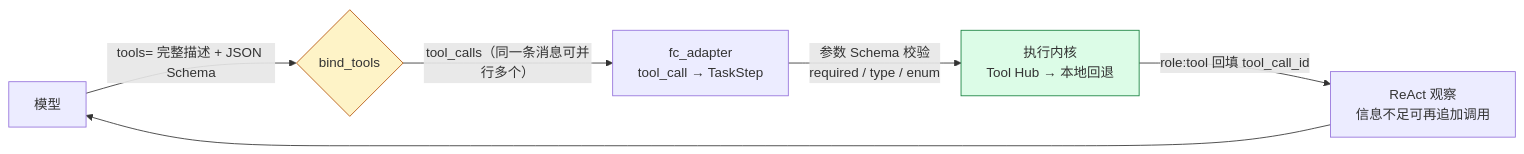
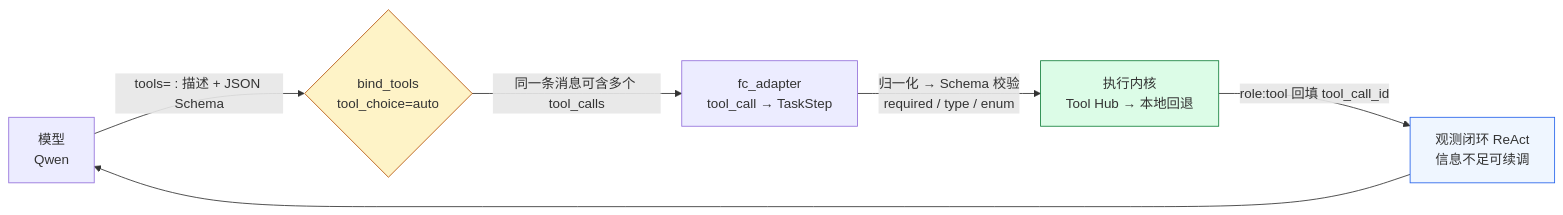
One commit to PotatoH-cmd/Smart_Map changed the second of 8 diagrams in README.md. Above: the diagram before and after it, drawn with Mermaid. The commit also changed other lines of this file, not shown here.

````diff
--- a/README.md
+++ b/README.md
@@ -82,11 +105,12 @@
 ```mermaid
 flowchart LR
-    M["模型"] -->|"tools= 完整描述 + JSON Schema"| FC{"bind_tools"}
-    FC -->|"tool_calls（同一条消息可并行多个）"| A["fc_adapter<br/>tool_call → TaskStep"]
-    A -->|"参数 Schema 校验<br/>required / type / enum"| E["执行内核<br/>Tool Hub → 本地回退"]
-    E -->|"role:tool 回填 tool_call_id"| O["ReAct 观察<br/>信息不足可再追加调用"]
+    M["模型<br/>Qwen"] -->|"tools= : 描述 + JSON Schema"| FC{"bind_tools<br/>tool_choice=auto"}
+    FC -->|"同一条消息可含多个 tool_calls"| A["fc_adapter<br/>tool_call → TaskStep"]
+    A -->|"归一化 → Schema 校验<br/>required / type / enum"| E["执行内核<br/>Tool Hub → 本地回退"]
+    E -->|"role:tool 回填 tool_call_id"| O["观测闭环 ReAct<br/>信息不足可续调"]
     O --> M
 
     style FC fill:#fef3c7,stroke:#b45309
     style E fill:#dcfce7,stroke:#15803d
+    style O fill:#eff6ff,stroke:#2563eb
 ```
````
